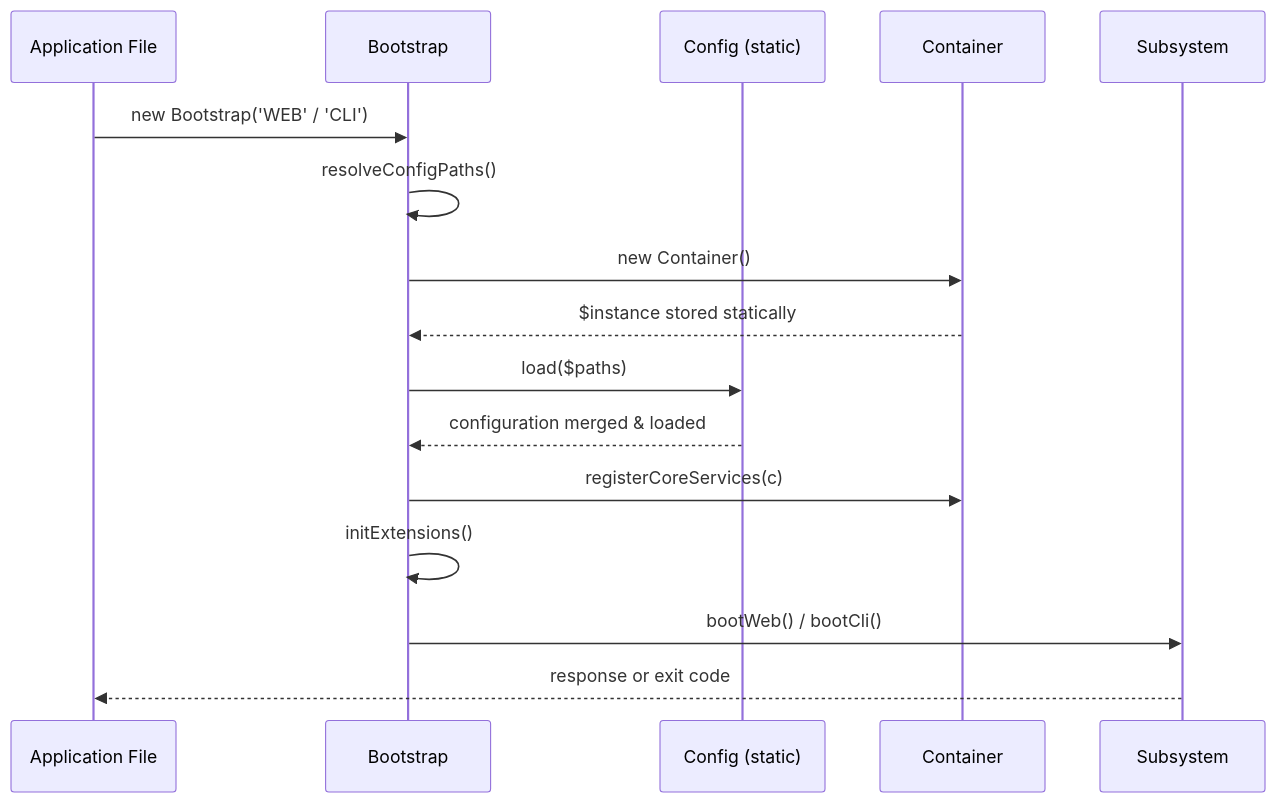
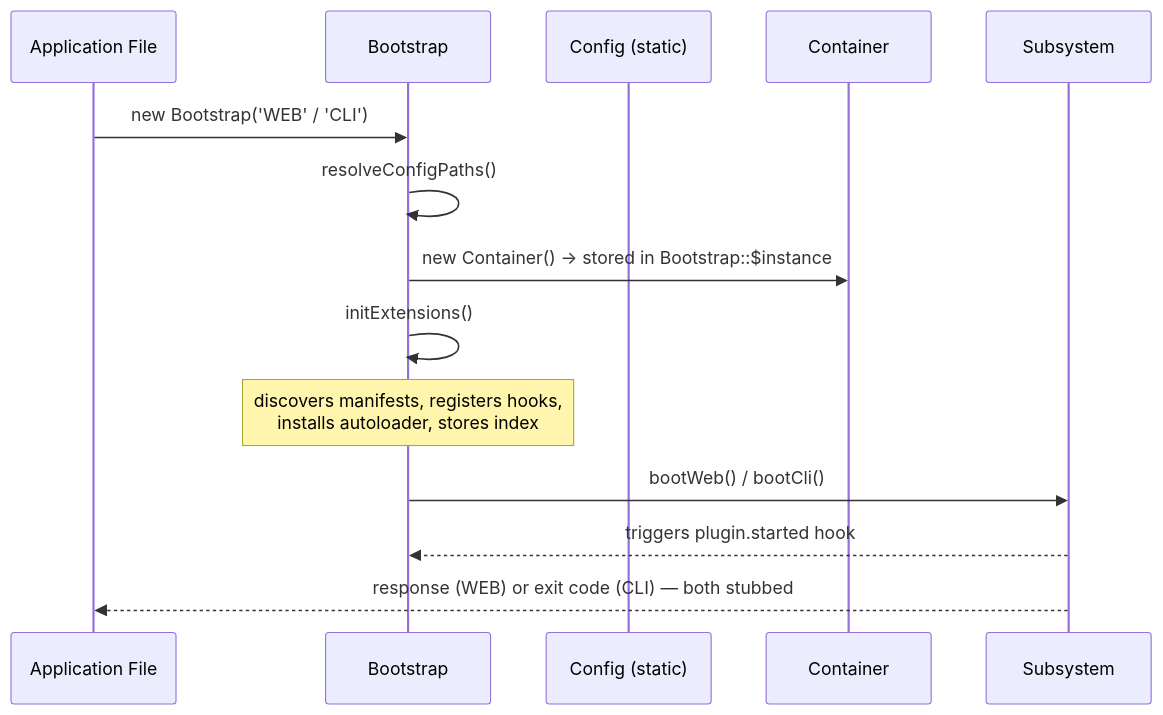
The diagram in docs/development/architecture/Bootstrap.md (LaswitchTech/core-web), drawn with Mermaid before and after one commit. The commit also changed other lines of this file and 7 other files, not shown here.

First line of the commit message:
docs: sync architecture docs to match updated source code

````diff
--- a/docs/development/architecture/Bootstrap.md
+++ b/docs/development/architecture/Bootstrap.md
@@ -108,19 +153,17 @@
 ```mermaid
 sequenceDiagram
     participant App as Application File
     participant B as Bootstrap
     participant Config as Config (static)
     participant C as Container
     participant S as Subsystem
 
     App->>B: new Bootstrap('WEB' / 'CLI')
     B->>B: resolveConfigPaths()
-    B->>C: new Container()
-    C-->>B: $instance stored statically
-    B->>Config: load($paths)
-    Config-->>B: configuration merged & loaded
-    B->>C: registerCoreServices(c)
+    B->>C: new Container() → stored in Bootstrap::$instance
     B->>B: initExtensions()
+         note over B: discovers manifests, registers hooks,<br/>installs autoloader, stores index
     B->>S: bootWeb() / bootCli()
-    S-->>App: response or exit code
+    S-->>B: triggers plugin.started hook
+    S-->>App: response (WEB) or exit code (CLI) — both stubbed
 ```
````
